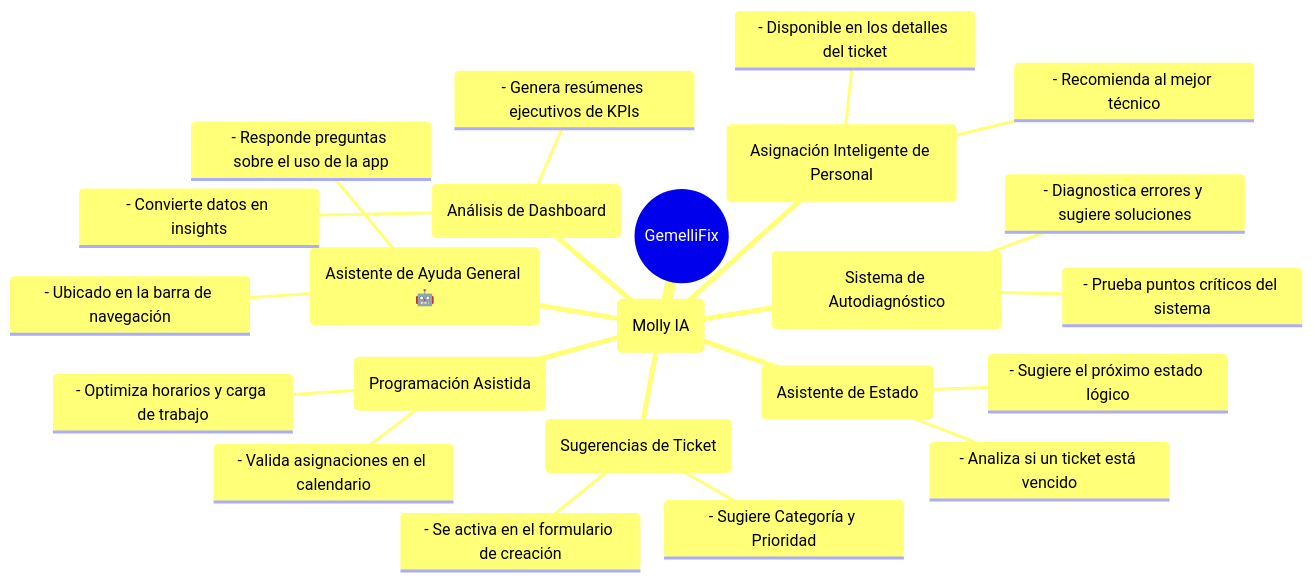
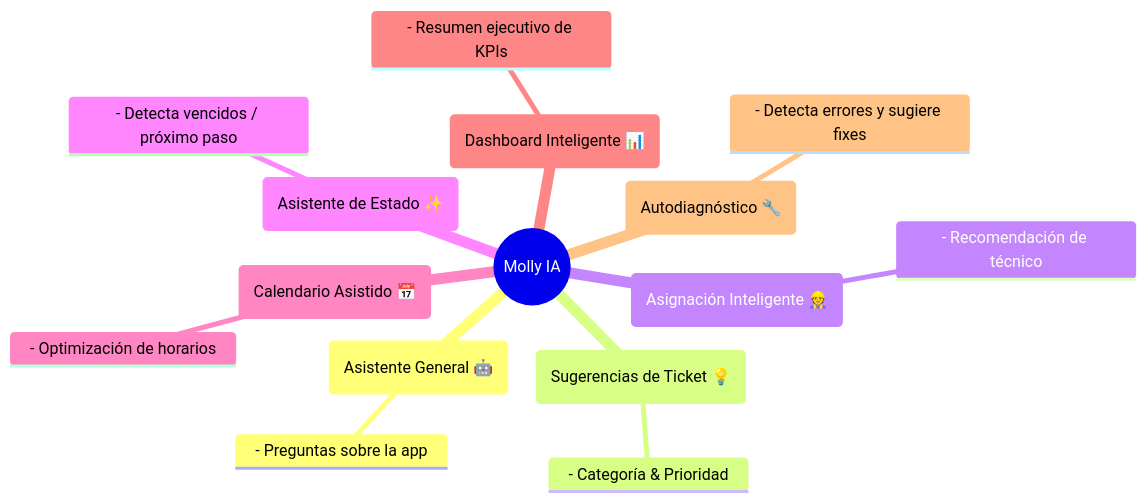
Before and after one commit to JMontes1986/GemelliFix: the third of 3 diagrams in README.md, drawn with Mermaid. The commit also changed other lines of this file, not shown here.

Commit message:
actualiza el archivo readme por este: # 🛠️ GemelliFix: Sistema Intelige

````diff
--- a/README.md
+++ b/README.md
@@ -88,33 +74,18 @@
 ```mermaid
 mindmap
-  root((GemelliFix))
-    (Molly IA)
-      (Asistente de Ayuda General 🤖)
-        ::icon(fa fa-question-circle)
-        - Responde preguntas sobre el uso de la app
-        - Ubicado en la barra de navegación
-      (Sugerencias de Ticket)
-        ::icon(fa fa-lightbulb)
-        - Sugiere Categoría y Prioridad
-        - Se activa en el formulario de creación
-      (Asignación Inteligente de Personal)
-        ::icon(fa fa-users)
-        - Recomienda al mejor técnico
-        - Disponible en los detalles del ticket
-      (Asistente de Estado)
-        ::icon(fa fa-magic)
-        - Analiza si un ticket está vencido
-        - Sugiere el próximo estado lógico
-      (Programación Asistida)
-        ::icon(fa fa-calendar-check)
-        - Valida asignaciones en el calendario
-        - Optimiza horarios y carga de trabajo
-      (Análisis de Dashboard)
-        ::icon(fa fa-chart-line)
-        - Genera resúmenes ejecutivos de KPIs
-        - Convierte datos en insights
-      (Sistema de Autodiagnóstico)
-        ::icon(fa fa-heartbeat)
-        - Prueba puntos críticos del sistema
-        - Diagnostica errores y sugiere soluciones
+  root((Molly IA))
+    (Asistente General 🤖)
+      - Preguntas sobre la app
+    (Sugerencias de Ticket 💡)
+      - Categoría & Prioridad
+    (Asignación Inteligente 👷)
+      - Recomendación de técnico
+    (Asistente de Estado ✨)
+      - Detecta vencidos / próximo paso
+    (Calendario Asistido 📅)
+      - Optimización de horarios
+    (Dashboard Inteligente 📊)
+      - Resumen ejecutivo de KPIs
+    (Autodiagnóstico 🔧)
+      - Detecta errores y sugiere fixes
 ```
````
